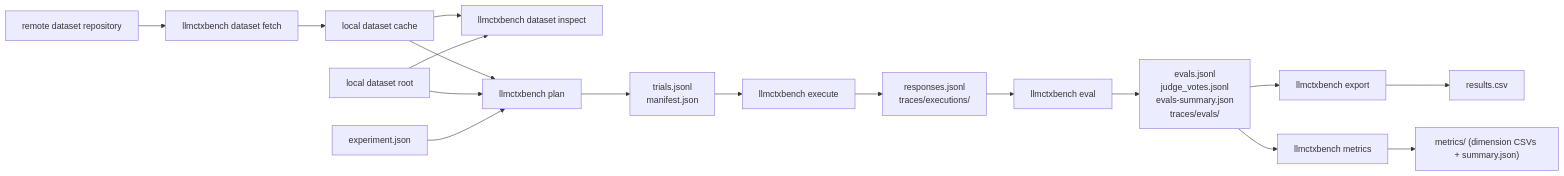
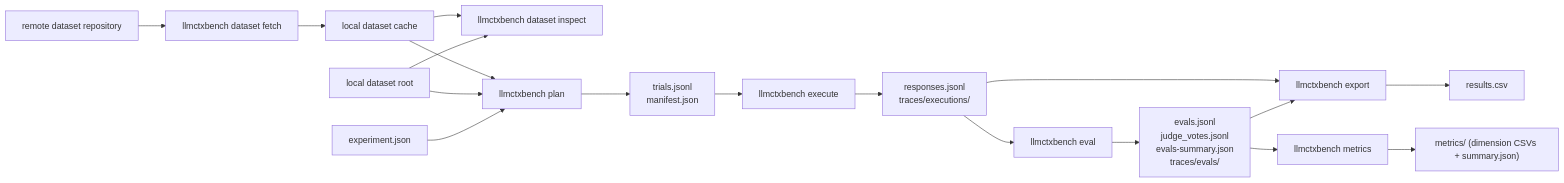
The diagram in docs/architecture/workflow.md (michelav/llmcontextbench), drawn with Mermaid before and after one commit. The commit also changed other lines of this file and 5 other files, not shown here.

````diff
--- a/docs/architecture/workflow.md
+++ b/docs/architecture/workflow.md
@@ -13,19 +13,20 @@
 ```mermaid
 flowchart LR
     A["remote dataset repository"] --> B["llmctxbench dataset fetch"]
     B --> C["local dataset cache"]
     C --> D["llmctxbench dataset inspect"]
     E["local dataset root"] --> D
     C --> F["llmctxbench plan"]
     E --> F
     G["experiment.json"] --> F
     F --> H["trials.jsonl<br/>manifest.json"]
     H --> I["llmctxbench execute"]
     I --> J["responses.jsonl<br/>traces/executions/"]
     J --> K["llmctxbench eval"]
+    J --> M["llmctxbench export"]
     K --> L["evals.jsonl<br/>judge_votes.jsonl<br/>evals-summary.json<br/>traces/evals/"]
-    L --> M["llmctxbench export"]
+    L --> M
     M --> N["results.csv"]
     L --> O["llmctxbench metrics"]
     O --> P["metrics/ (dimension CSVs + summary.json)"]
 ```
````
